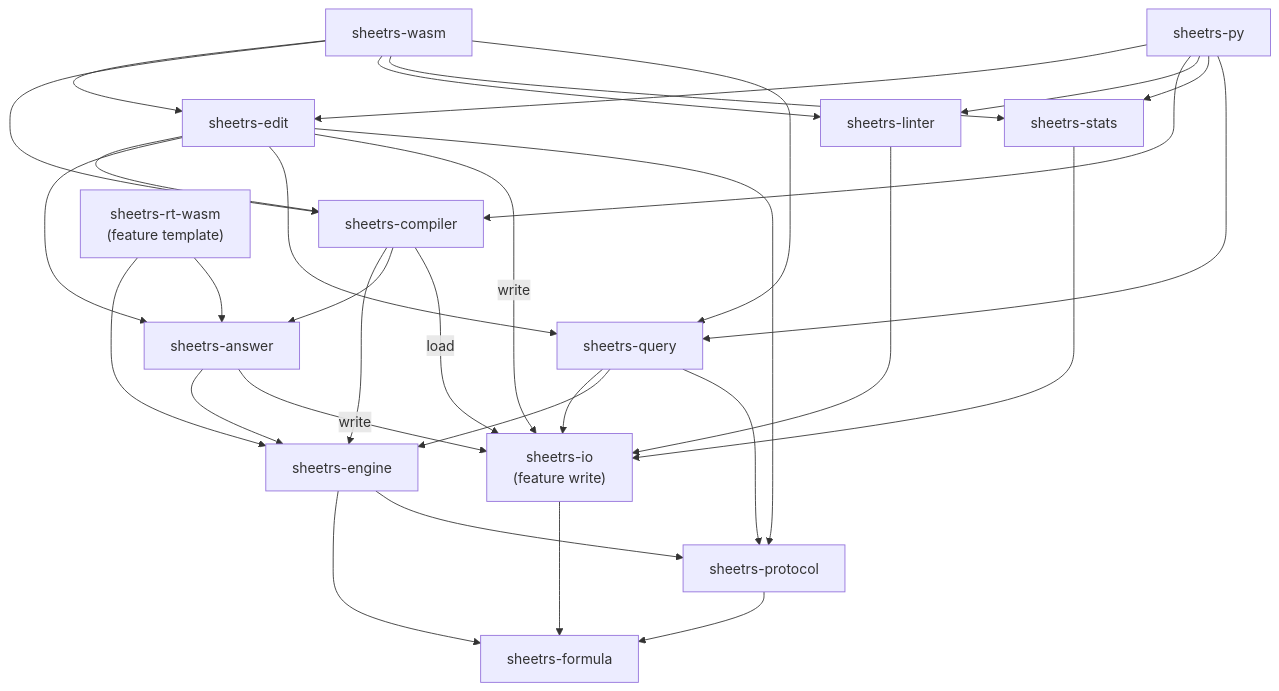
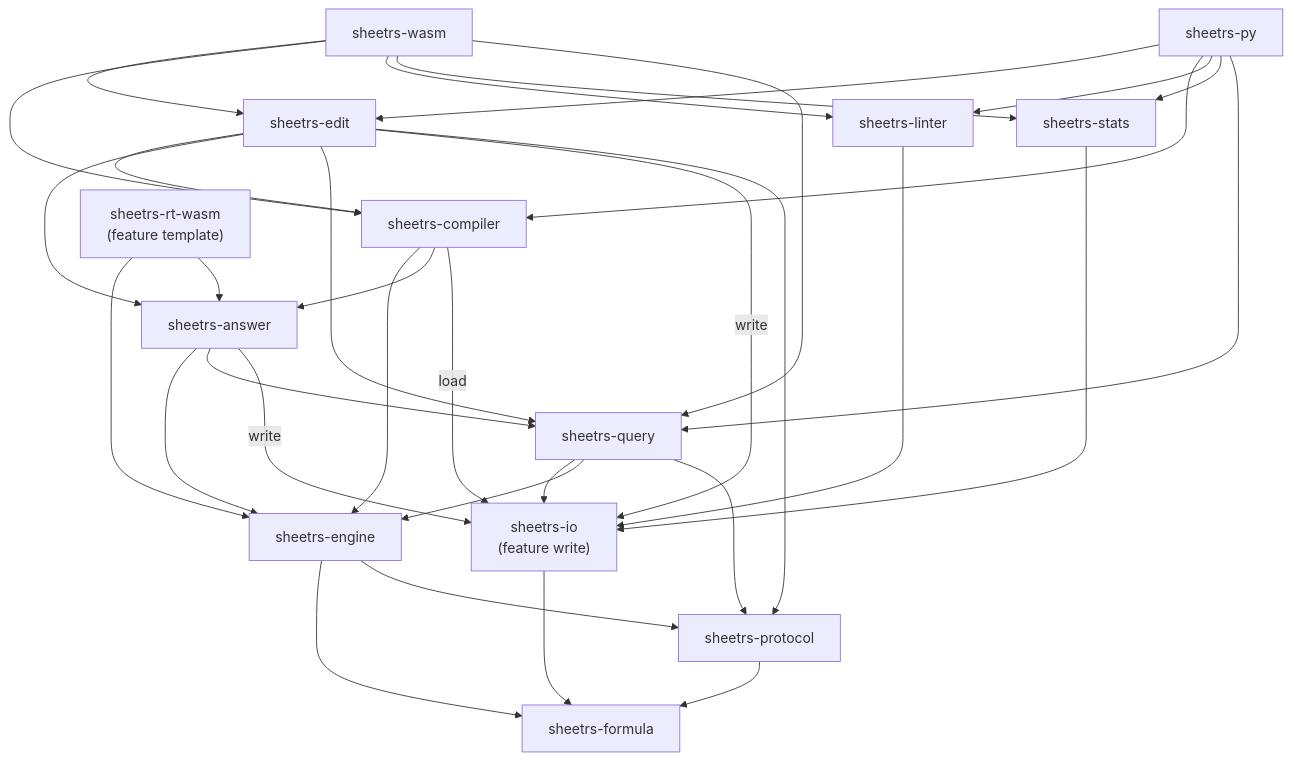
The diagram in ARCHITECTURE.md (cosmoscalibur/sheetrs), drawn with Mermaid before and after one commit. The commit also changed other lines of this file and 20 other files, not shown here.

````diff
--- a/ARCHITECTURE.md
+++ b/ARCHITECTURE.md
@@ -63,35 +64,36 @@
 ```mermaid
 graph TD
     formula[sheetrs-formula]
     protocol[sheetrs-protocol] --> formula
     io["sheetrs-io<br/>(feature write)"] --> formula
     engine[sheetrs-engine] --> formula
     engine --> protocol
     query[sheetrs-query] --> io
     query --> engine
     query --> protocol
     linter[sheetrs-linter] --> io
     stats[sheetrs-stats] --> io
     answer[sheetrs-answer] --> engine
+    answer --> query
     answer -->|write| io
     compiler[sheetrs-compiler] --> engine
     compiler --> answer
     compiler -->|load| io
     edit[sheetrs-edit] --> compiler
     edit --> answer
     edit --> query
     edit -->|write| io
     edit --> protocol
     wasm[sheetrs-wasm] --> edit
     wasm --> compiler
     wasm --> linter
     wasm --> stats
     wasm --> query
     rtwasm["sheetrs-rt-wasm<br/>(feature template)"] --> engine
     rtwasm --> answer
     py[sheetrs-py] --> edit
     py --> compiler
     py --> linter
     py --> stats
     py --> query
 ```
````
